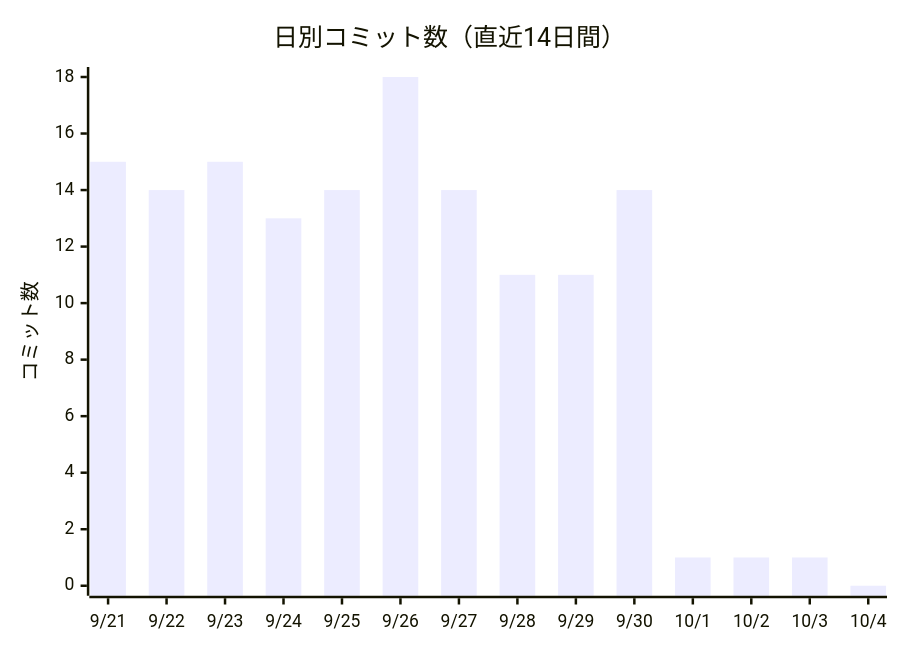
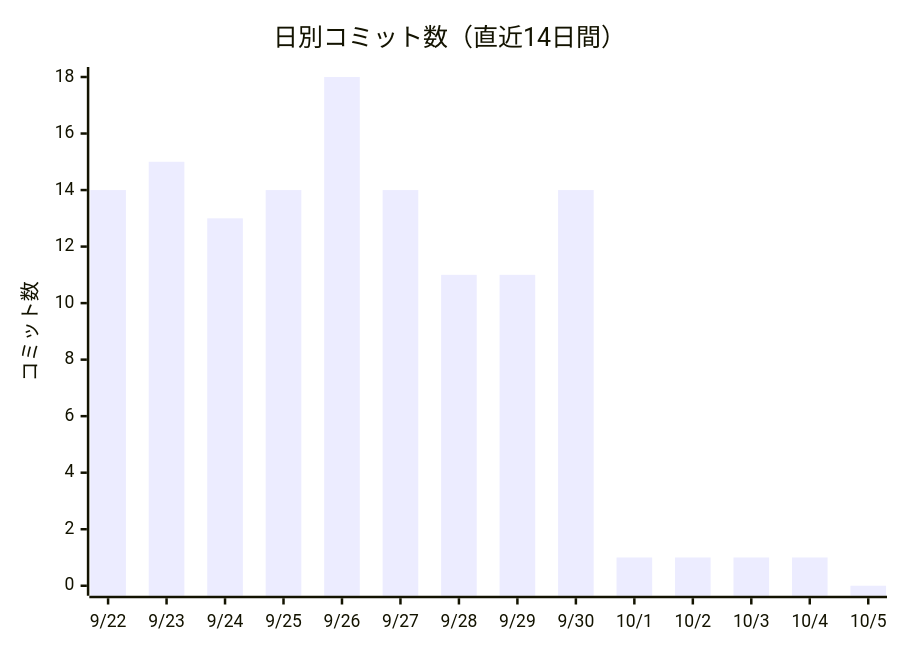
One commit to non-x2/non-x2 changed the first of 2 diagrams in docs/進化レポート.md. Above: the diagram before and after it, drawn with Mermaid. The commit also changed other lines of this file and 1 other file, not shown here.

````diff
--- a/docs/進化レポート.md
+++ b/docs/進化レポート.md
@@ -23,7 +23,7 @@
 ```mermaid
 xychart-beta
     title "日別コミット数（直近14日間）"
-    x-axis ["9/21", "9/22", "9/23", "9/24", "9/25", "9/26", "9/27", "9/28", "9/29", "9/30", "10/1", "10/2", "10/3", "10/4"]
+    x-axis ["9/22", "9/23", "9/24", "9/25", "9/26", "9/27", "9/28", "9/29", "9/30", "10/1", "10/2", "10/3", "10/4", "10/5"]
     y-axis "コミット数"
-    bar [15, 14, 15, 13, 14, 18, 14, 11, 11, 14, 1, 1, 1, 0]
+    bar [14, 15, 13, 14, 18, 14, 11, 11, 14, 1, 1, 1, 1, 0]
 ```
````
